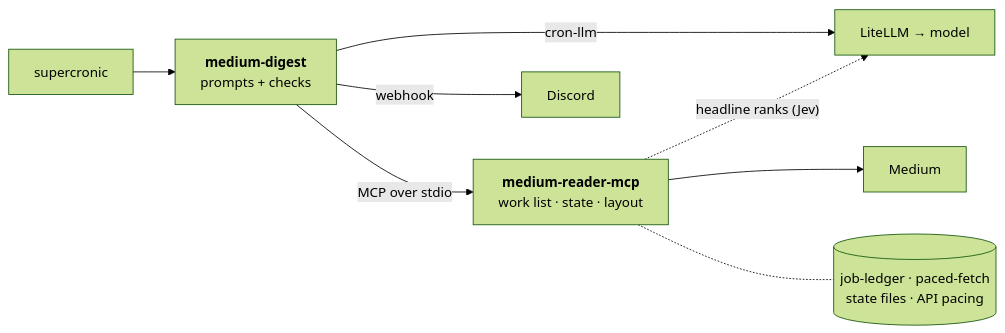
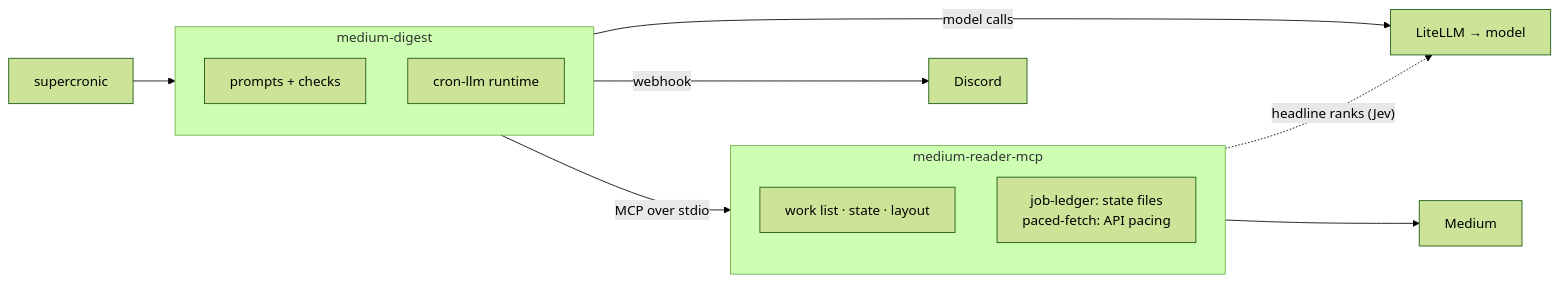
One commit to wkbaran/medium-digest changed the diagram in README.md. Above: the diagram before and after it, drawn with Mermaid (forest theme).

Commit message:
README diagram: packages as titled boxes with their parts inside (GitHub ignores bold in labels)

````diff
--- a/README.md
+++ b/README.md
@@ -29,13 +29,17 @@
 ```mermaid
 flowchart LR
-  cron["supercronic"] --> job["`**medium-digest**
-prompts + checks`"]
-  job -- "cron-llm" --> llm["LiteLLM → model"]
-  job -- "MCP over stdio" --> mcp["`**medium-reader-mcp**
-work list · state · layout`"]
+  cron["supercronic"] --> job
+  subgraph job["medium-digest"]
+    jp["prompts + checks"]
+    jc["cron-llm runtime"]
+  end
+  subgraph mcp["medium-reader-mcp"]
+    mp["work list · state · layout"]
+    ml["job-ledger: state files<br/>paced-fetch: API pacing"]
+  end
+  job -- "model calls" --> llm["LiteLLM → model"]
+  job -- "MCP over stdio" --> mcp
   mcp --> api["Medium"]
   mcp -. "headline ranks (Jev)" .-> llm
-  mcp -.- libs[("`job-ledger · paced-fetch
-state files · API pacing`")]
   job -- "webhook" --> discord["Discord"]
 ```
````
